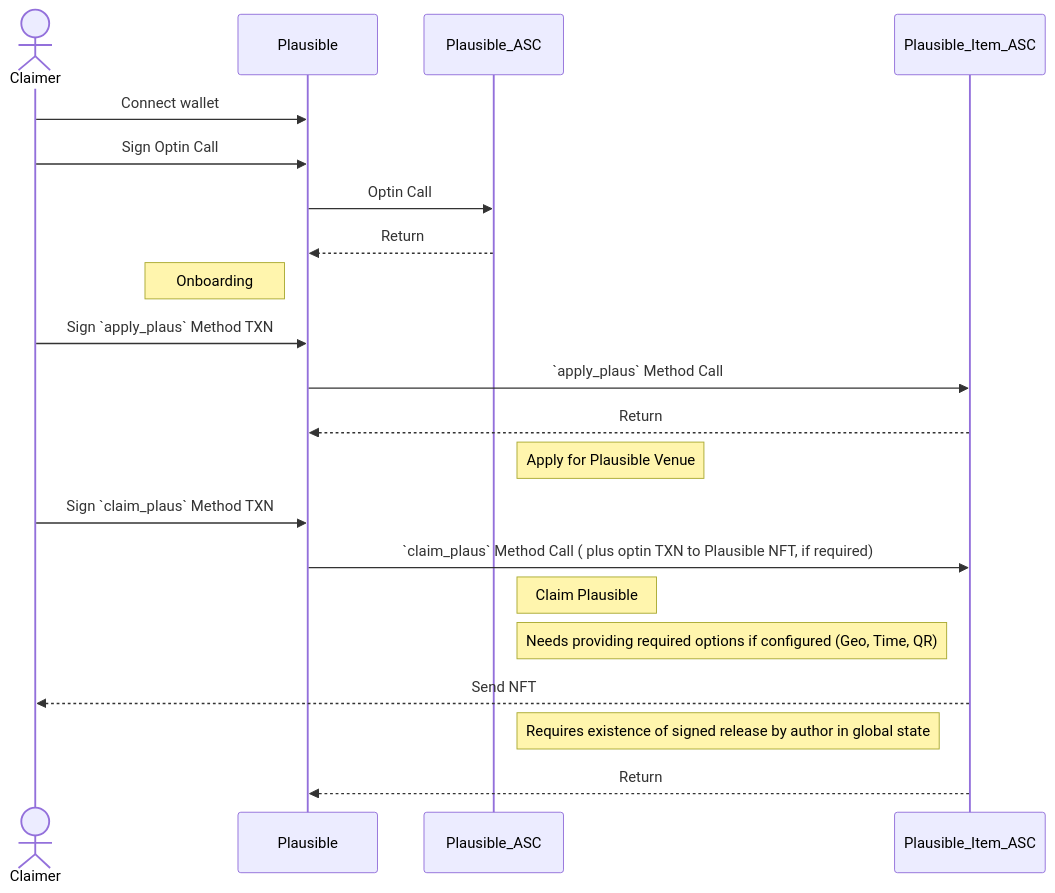
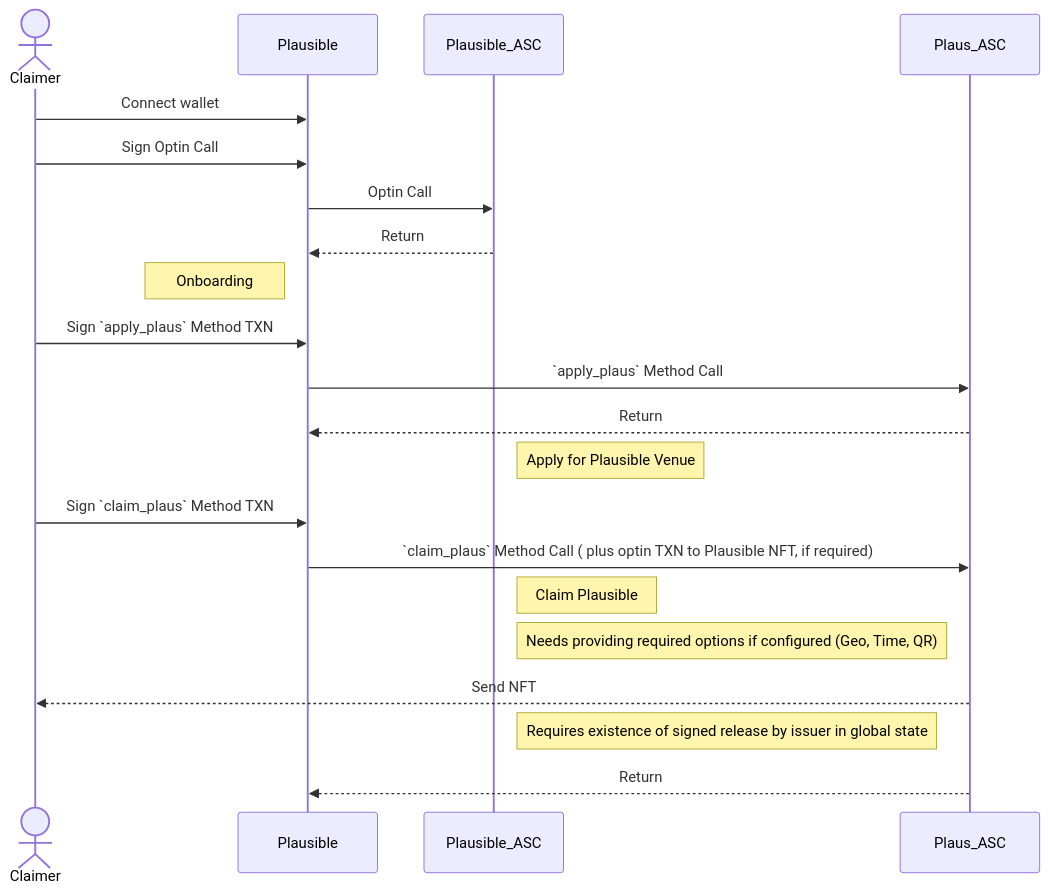
The third of 8 diagrams in profile/README.md (GoPlausible/.github), drawn with Mermaid before and after one commit. The commit also changed other lines of this file, not shown here.

````diff
--- a/profile/README.md
+++ b/profile/README.md
@@ -168,27 +168,27 @@
 ```mermaid
 sequenceDiagram 
 actor Claimer
 participant Plausible
 participant Plausible_ASC
-participant Plausible_Item_ASC
+participant Plaus_ASC
 Claimer ->> Plausible: Connect wallet
 Claimer ->> Plausible: Sign Optin Call
 Plausible ->> Plausible_ASC: Optin Call
 Plausible_ASC -->> Plausible: Return
 Note left of Plausible: Onboarding
 
 Claimer ->> Plausible: Sign `apply_plaus` Method TXN
-Plausible ->> Plausible_Item_ASC:  `apply_plaus` Method Call
-Plausible_Item_ASC -->> Plausible: Return
+Plausible ->> Plaus_ASC:  `apply_plaus` Method Call
+Plaus_ASC -->> Plausible: Return
 Note right of Plausible_ASC: Apply for Plausible Venue
 
 
 Claimer ->> Plausible: Sign `claim_plaus` Method TXN
-Plausible ->> Plausible_Item_ASC: `claim_plaus` Method Call ( plus optin TXN to Plausible NFT, if required)
+Plausible ->> Plaus_ASC: `claim_plaus` Method Call ( plus optin TXN to Plausible NFT, if required)
 Note right of Plausible_ASC: Claim Plausible
 Note right of Plausible_ASC: Needs providing required options if configured (Geo, Time, QR)
-Plausible_Item_ASC -->> Claimer: Send NFT
-Note right of Plausible_ASC: Requires existence of signed release by author in global state
-Plausible_Item_ASC -->> Plausible: Return
+Plaus_ASC -->> Claimer: Send NFT
+Note right of Plausible_ASC: Requires existence of signed release by issuer in global state
+Plaus_ASC -->> Plausible: Return
 
 ```
````
